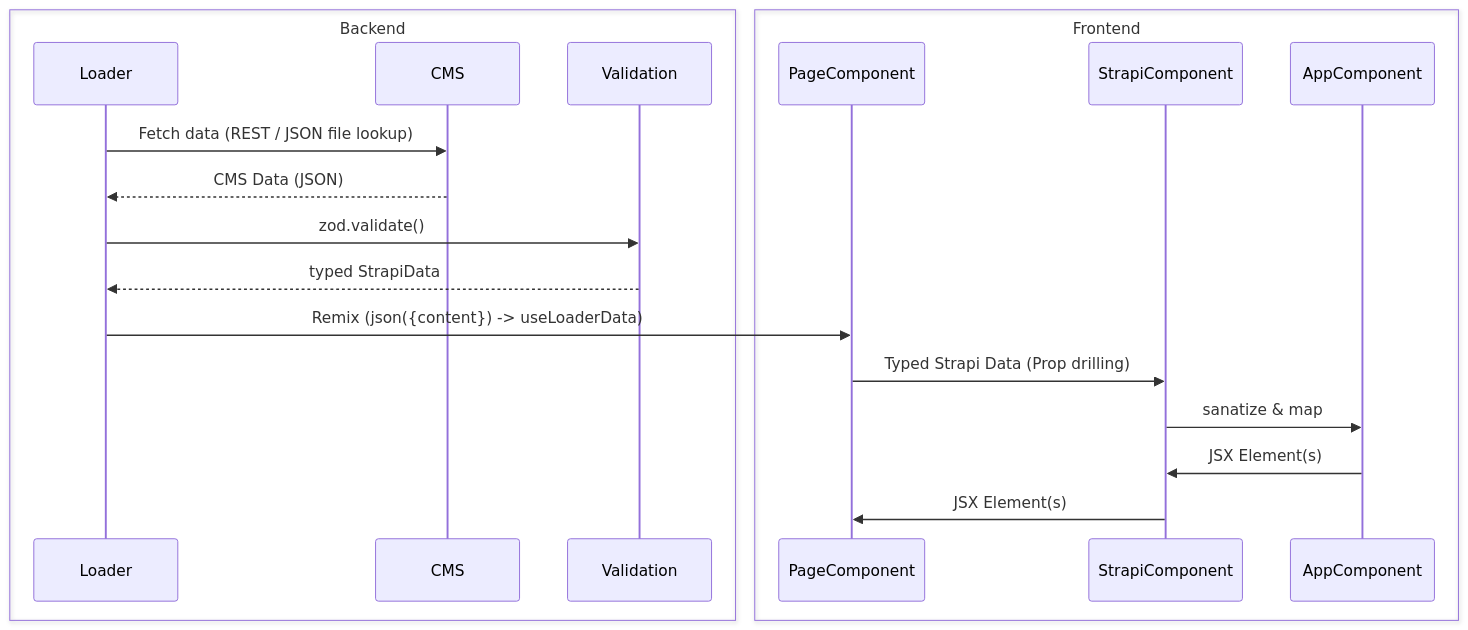
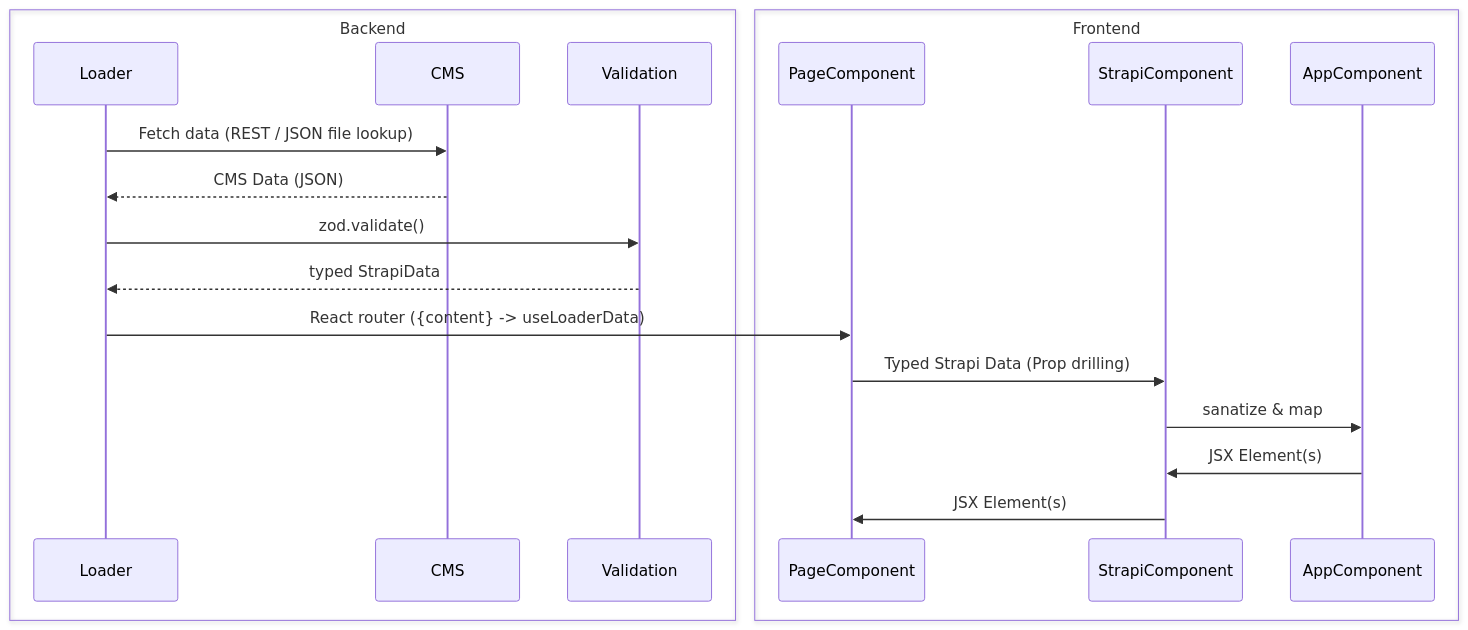
The first of 2 diagrams in README.md (digitalservicebund/a2j-rechtsantragstelle), drawn with Mermaid before and after one commit. The commit also changed 1 other file, not shown here.

Commit message:
remove remix description

````diff
--- a/README.md
+++ b/README.md
@@ -190,25 +190,25 @@
 ```mermaid
 sequenceDiagram
 
 box Backend
 participant Loader
 participant CMS
 participant Validation
 end
 
 box Frontend
 participant PageComponent
 participant StrapiComponent
 participant AppComponent
 end
 
 Loader->>CMS: Fetch data (REST / JSON file lookup)
 CMS-->>Loader: CMS Data (JSON)
 Loader->>Validation: zod.validate()
 Validation-->>Loader: typed StrapiData
-Loader->>PageComponent: Remix (json({content}) -> useLoaderData)
+Loader->>PageComponent: React router ({content} -> useLoaderData)
 PageComponent->>StrapiComponent: Typed Strapi Data (Prop drilling)
 StrapiComponent->>AppComponent: sanatize & map
 AppComponent->>StrapiComponent: JSX Element(s)
 StrapiComponent->>PageComponent: JSX Element(s)
 ```
````
